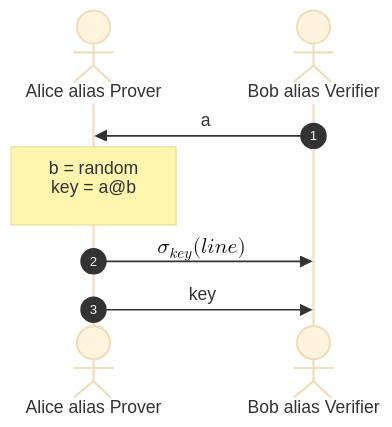
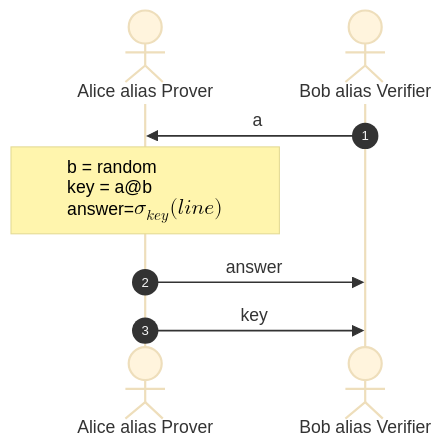
Before and after one commit to benoitlx/forma-zkp: the diagram in zkp.md, drawn with Mermaid (base theme). The commit also changed other lines of this file and 5 other files, not shown here.

````diff
--- a/zkp.md
+++ b/zkp.md
@@ -78,10 +92,10 @@
 ```mermaid +render
 sequenceDiagram
     autonumber
     actor P as Alice alias Prover 
     actor V as Bob alias Verifier
     V ->> P: a 
-    Note over P: b = random<br/>key = a@b<br/>
-    P ->> V: $$\sigma_{key}(line)$$
+    Note over P: b = random<br/>key = a@b<br/>answer=$$\sigma_{key}(line)$$
+    P ->> V: answer 
     P ->> V: key
 ```
````
